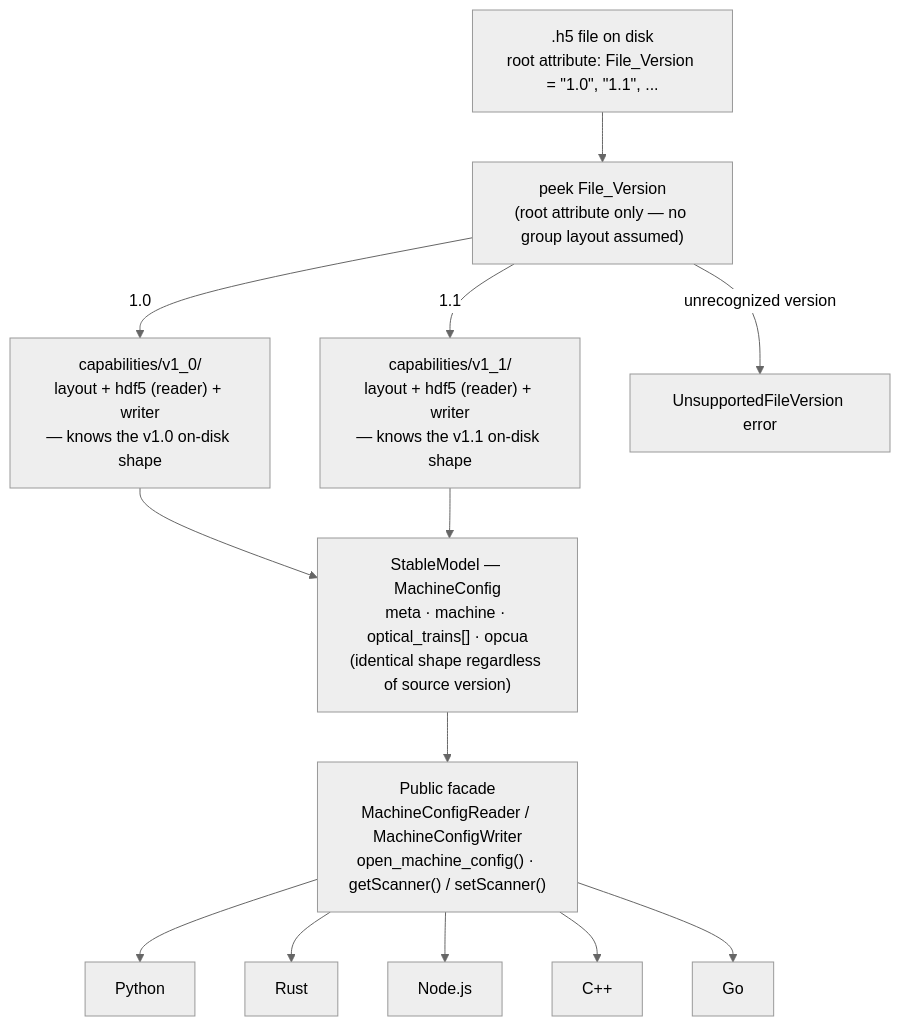
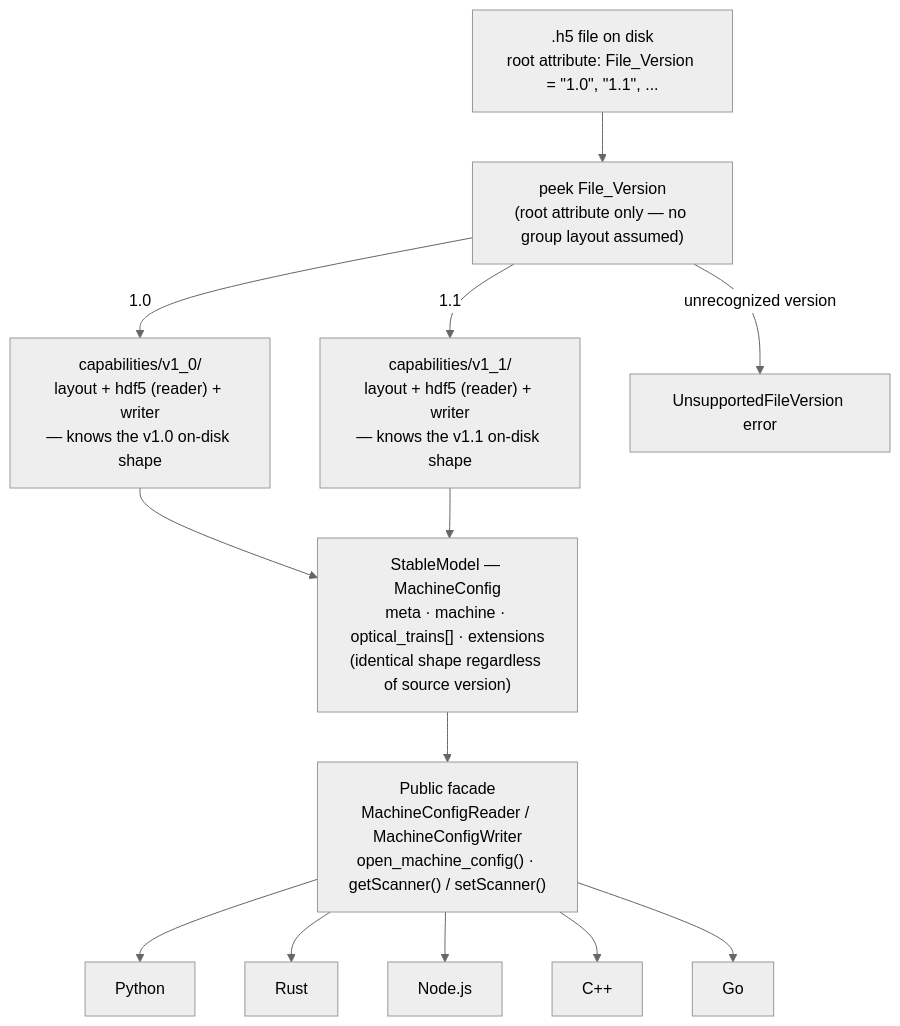
One commit to Trusted-Metal/Machine_Config_Library changed the first of 5 diagrams in docs/architecture-overview.md. Above: the diagram before and after it, drawn with Mermaid (neutral theme). The commit also changed other lines of this file and 157 other files, not shown here.

````diff
--- a/docs/architecture-overview.md
+++ b/docs/architecture-overview.md
@@ -47,20 +47,20 @@
 ```mermaid
 flowchart TD
     FILE[".h5 file on disk<br/>root attribute: File_Version = &quot;1.0&quot;, &quot;1.1&quot;, ..."]
     FILE --> PEEK["peek File_Version<br/>(root attribute only — no group layout assumed)"]
 
     PEEK -->|"1.0"| V10["capabilities/v1_0/<br/>layout + hdf5 (reader) + writer<br/>— knows the v1.0 on-disk shape"]
     PEEK -->|"1.1"| V11["capabilities/v1_1/<br/>layout + hdf5 (reader) + writer<br/>— knows the v1.1 on-disk shape"]
     PEEK -->|"unrecognized version"| ERR["UnsupportedFileVersion error"]
 
-    V10 --> MODEL["StableModel — MachineConfig<br/>meta · machine · optical_trains[] · opcua<br/>(identical shape regardless of source version)"]
+    V10 --> MODEL["StableModel — MachineConfig<br/>meta · machine · optical_trains[] · extensions<br/>(identical shape regardless of source version)"]
     V11 --> MODEL
 
     MODEL --> FACADE["Public facade<br/>MachineConfigReader / MachineConfigWriter<br/>open_machine_config() · getScanner() / setScanner()"]
 
     FACADE --> PY[Python]
     FACADE --> RS[Rust]
     FACADE --> NODE[Node.js]
     FACADE --> CPP[C++]
     FACADE --> GO[Go]
 ```
````
